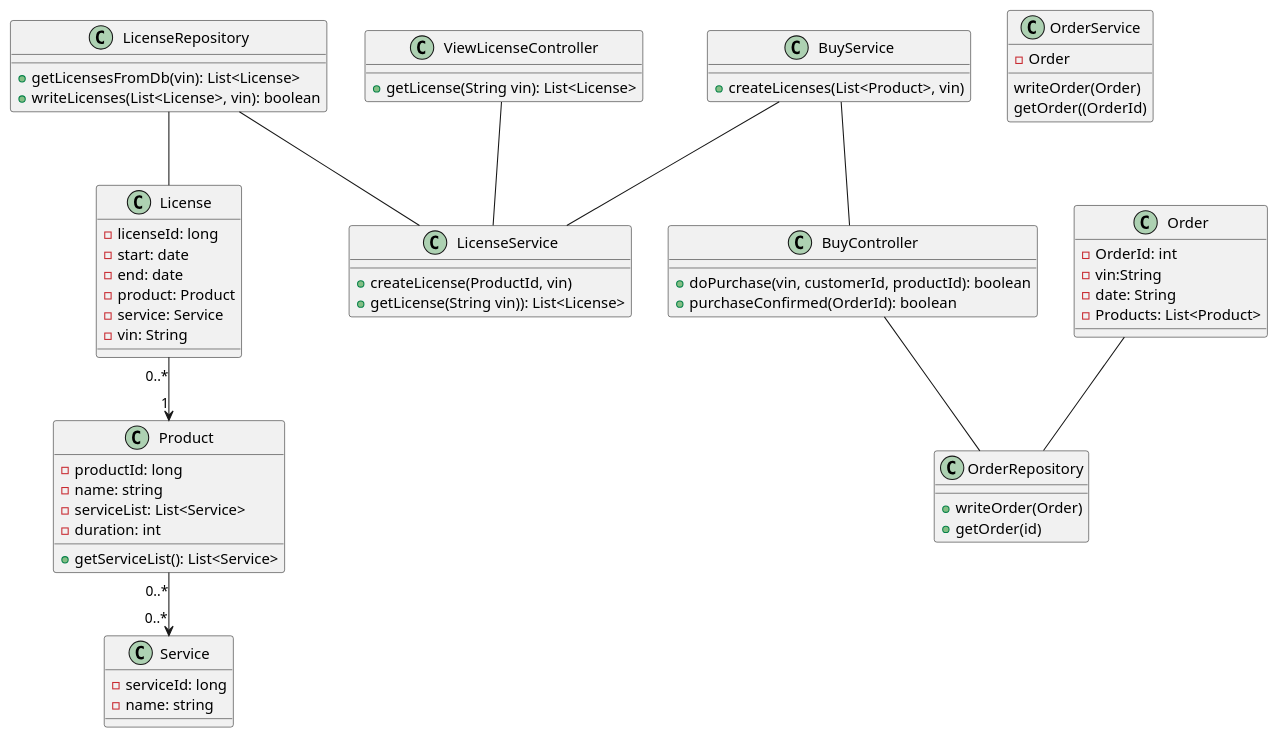
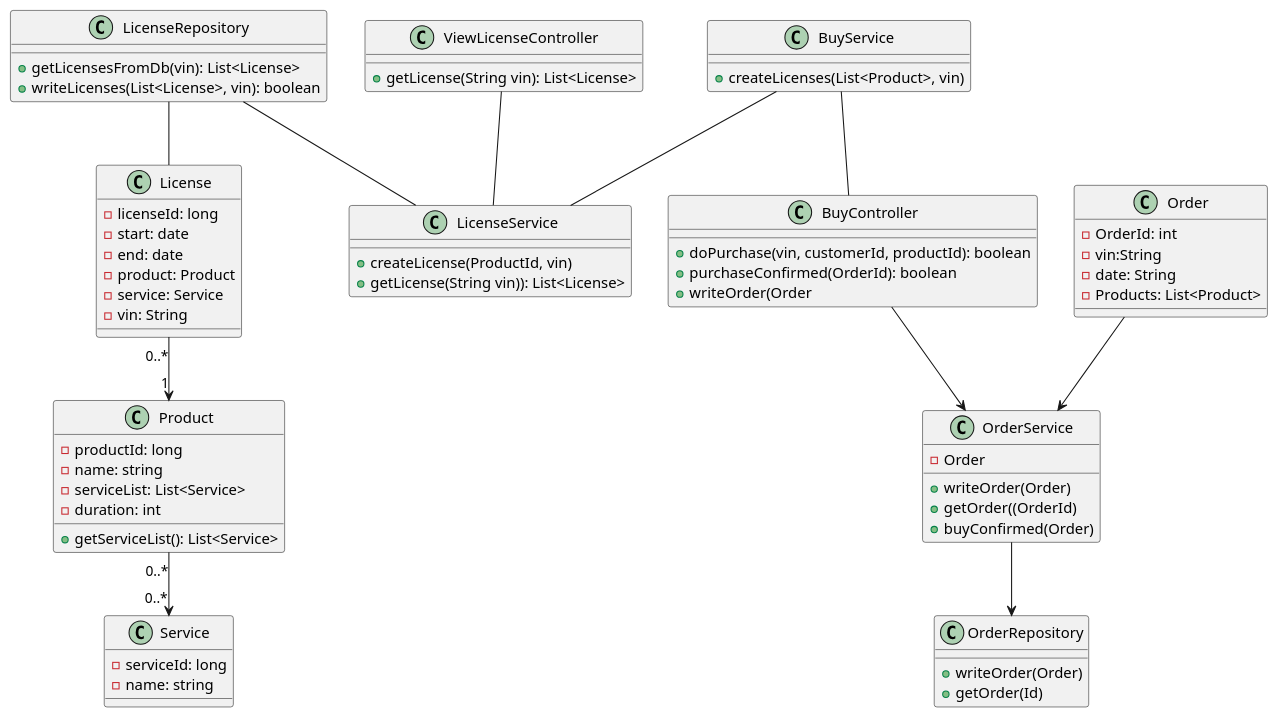
Before and after one commit to ljbg1996/car-backend: the diagram in Phase_1/2.0 class.puml, drawn with PlantUML.

Commit message:
Class diagram was adjusted.

```diff
--- a/Phase_1/2.0 class.puml
+++ b/Phase_1/2.0 class.puml
@@ -1,172 +1,175 @@
 @startuml
 'class Car {
     '- vin: string
     '- owner: Customer
     '- serviceList: List<Service>
     '- licenseList: List<License>
 
     '+ setLicenseList(List<License> licenseList): void
     '+ setserviceList(List<Service> serviceList): void
     '+ setOwner(Customer c): void
     '+ getServiceList(): List<Service>
     '+ getVin(): String
 
 '}
 
 'class CarRepository{
 
   '  + getCarFromDb((String vin): Car
 
 
 '}
 
 'class Customer {
     '- customerId: long
     '- name: string
     '- car: List<Car>
 
     '+ addCar(String vin): void
 
 
 '}
 
 'class CustomerRepository{}
 'class ProductRepository{}
 
 
 class Product {
     - productId: long
     - name: string
     - serviceList: List<Service>
     '- price: double
     - duration: int
     '+ setPrice(double price): void
     + getServiceList(): List<Service>
 
 }
 
 
 
 class Service {
     - serviceId: long
     - name: string
     '- description: string
     '- duration: int
 
 
 
 }
 
 'class ServiceRepository{
 
  '   +getServiceFromDb(serviceId): Service
 
 '}
 
 class License {
     - licenseId: long
     - start: date
     - end: date
     - product: Product
     - service: Service
     - vin: String
 
    '+ extendLicense(license: License, duration: int): void
 
 }
 
 class LicenseRepository{
 
     +getLicensesFromDb(vin): List<License>
     +writeLicenses(List<License>, vin): boolean
 
 }
 
 class ViewLicenseController {
 
 
     + getLicense(String vin): List<License>
 
 }
 
 class BuyController {
 
     + doPurchase(vin, customerId, productId): boolean
     + purchaseConfirmed(OrderId): boolean
+    + writeOrder(Order
     'Kaufdatum?
 }
 
 class OrderRepository{
 +writeOrder(Order)
-+getOrder(id)
++getOrder(Id)
 }
 
 class Order{
 -OrderId: int
 -vin:String
 -date: String
 -Products: List<Product>
 
 }
 
 class OrderService{
     -Order
-    writeOrder(Order)
-    getOrder((OrderId)
+    +writeOrder(Order)
+    +getOrder((OrderId)
+    +buyConfirmed(Order)
 }
 
 
 
 
 'class ViewProductController {
 
  '   + getProductList(String vin): List<Product>
 
 '}
 
 class LicenseService{
 
     + createLicense(ProductId, vin)
     + getLicense(String vin)): List<License>
 
 }
 
 class BuyService {
 
     +createLicenses(List<Product>, vin)
 }
 
 'class ViewProductService {
 
  '   + getCar(String vin): Car
   '  + addProductsToNewProductList(List<Product>):List<Product>
 '}
 
 
 
 
 
 
 
 LicenseRepository-- License
 LicenseRepository -- LicenseService
 BuyService -- LicenseService
 ViewLicenseController -- LicenseService
-BuyController -- OrderRepository
-Order -- OrderRepository
+BuyController --> OrderService
+
 'CarRepository -- Lice  nseService
 'ProductRepository -- Product
 'CarRepository -- ViewProductService
 
 'ViewProductController -- ViewProductService
 BuyService -- BuyController
 'CarRepository -- Car
 'CustomerRepository -- Customer
 'ServiceRepository -- Service
 'Customer "1" --> "0..*" Car
 'Car "1" --> "0..*" License
 'Car "1" --> "0..*" Service
 License "0..*"--> "1"Product
 Product "0..*" --> "0..*" Service
-
+OrderService --> OrderRepository
+Order --> OrderService
 @enduml
```
